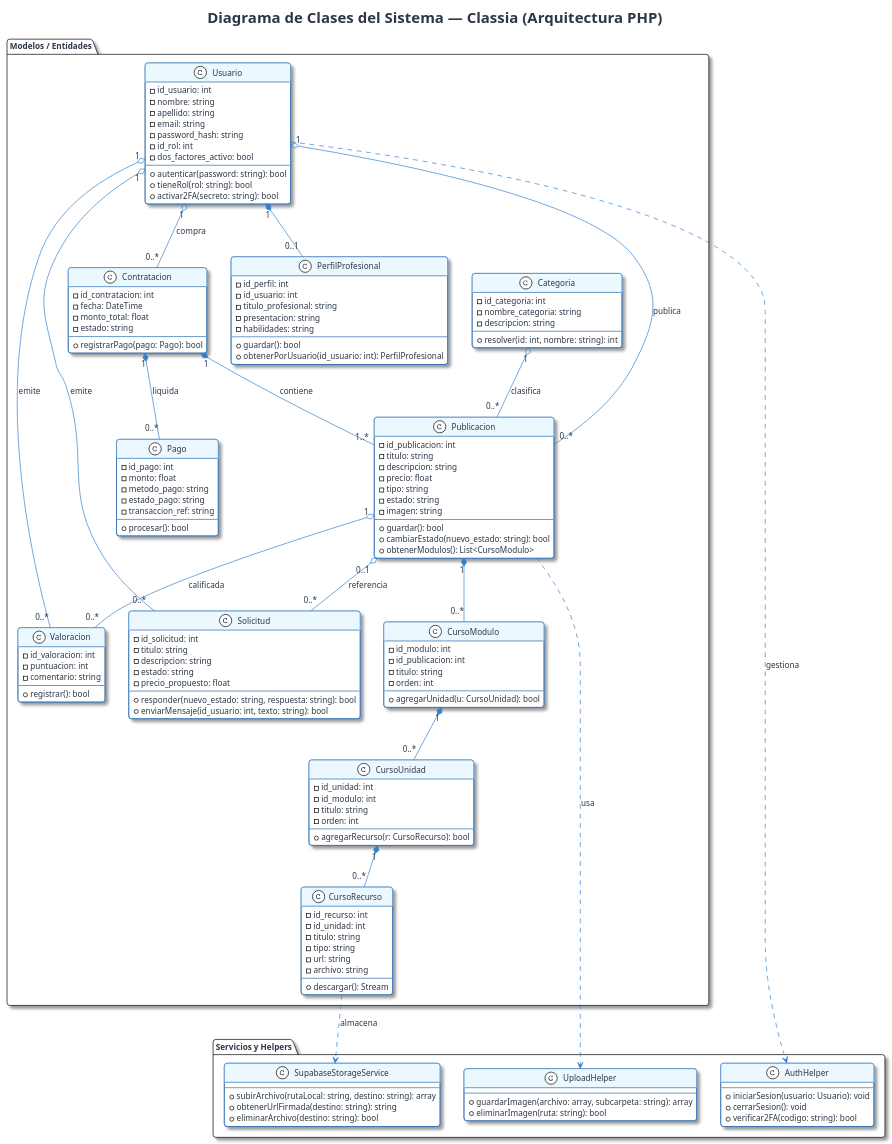
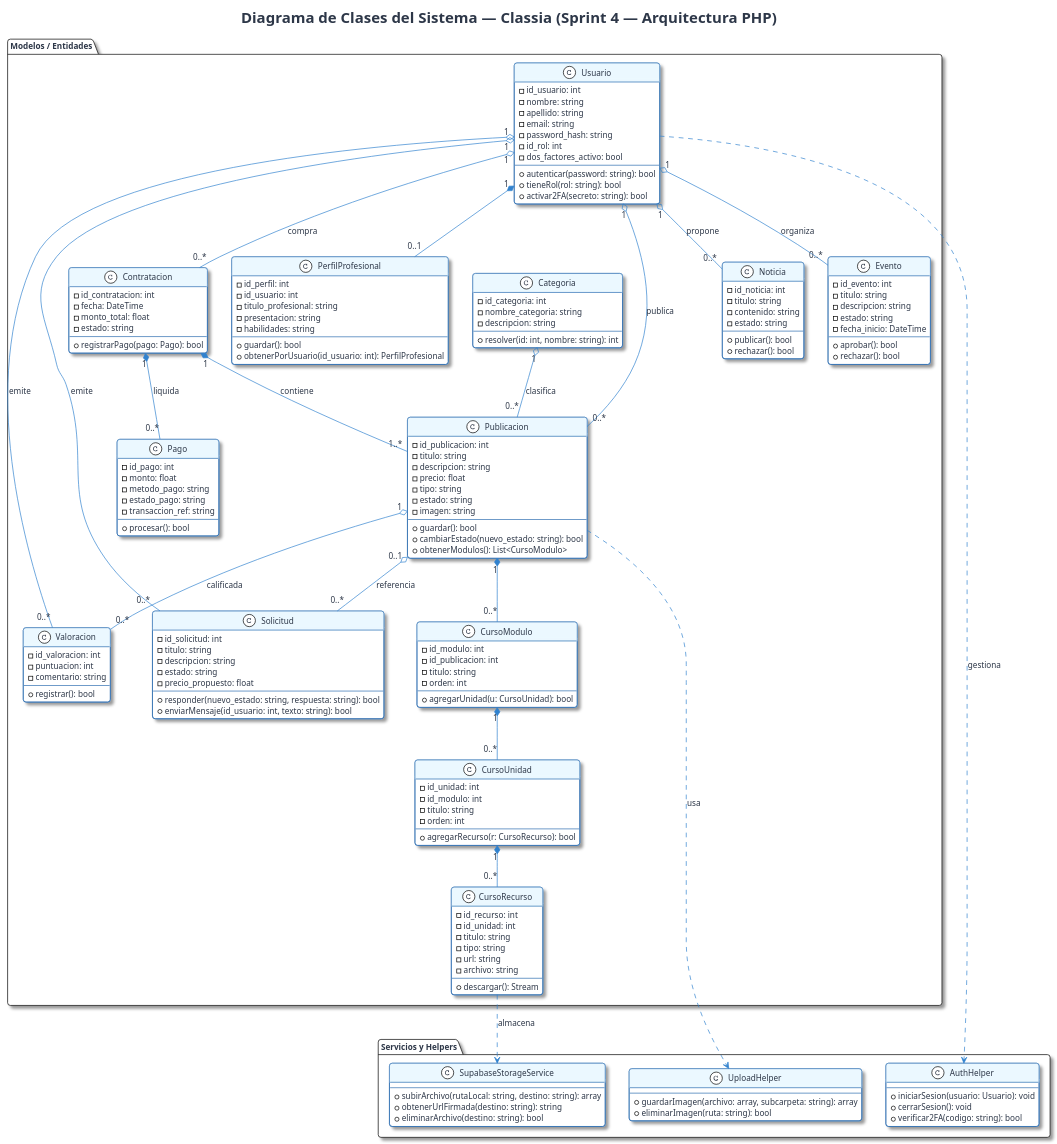
One commit to Matiuz06/Proyecto_TIS_Classia changed the diagram in docs/diagrama_de_clases_classia.md. Above: the diagram before and after it, drawn with PlantUML. The commit also changed other lines of this file and 10 other files, not shown here.

First line of the commit message:
docs: actualizar todos los .md al estado del Sprint 4 (Octubre 2026)

```diff
--- a/docs/diagrama_de_clases_classia.md
+++ b/docs/diagrama_de_clases_classia.md
@@ -50,7 +50,7 @@
     ActorBackgroundColor #EBF8FF
 }
 
-title Diagrama de Clases del Sistema — Classia (Arquitectura PHP)
+title Diagrama de Clases del Sistema — Classia (Sprint 4 — Arquitectura PHP)
 
 package "Modelos / Entidades" {
   class Usuario {
@@ -155,6 +155,25 @@
     - comentario: string
     + registrar(): bool
   }
+
+  class Noticia {
+    - id_noticia: int
+    - titulo: string
+    - contenido: string
+    - estado: string
+    + publicar(): bool
+    + rechazar(): bool
+  }
+
+  class Evento {
+    - id_evento: int
+    - titulo: string
+    - descripcion: string
+    - estado: string
+    - fecha_inicio: DateTime
+    + aprobar(): bool
+    + rechazar(): bool
+  }
 }
 
 package "Servicios y Helpers" {
@@ -190,6 +209,8 @@
 Contratacion "1" *-- "0..*" Pago : liquida
 Usuario "1" o-- "0..*" Valoracion : emite
 Publicacion "1" o-- "0..*" Valoracion : calificada
+Usuario "1" o-- "0..*" Noticia : propone
+Usuario "1" o-- "0..*" Evento : organiza
 
 Publicacion ..> UploadHelper : usa
 CursoRecurso ..> SupabaseStorageService : almacena
```
